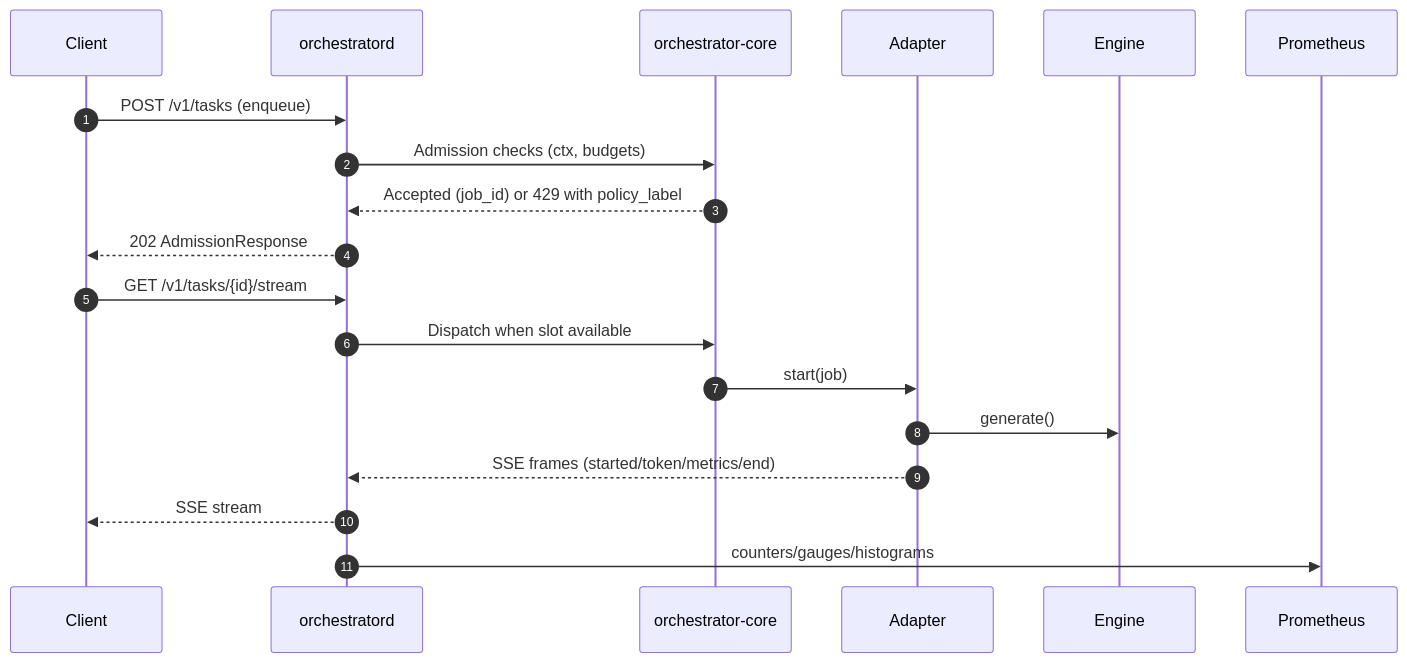
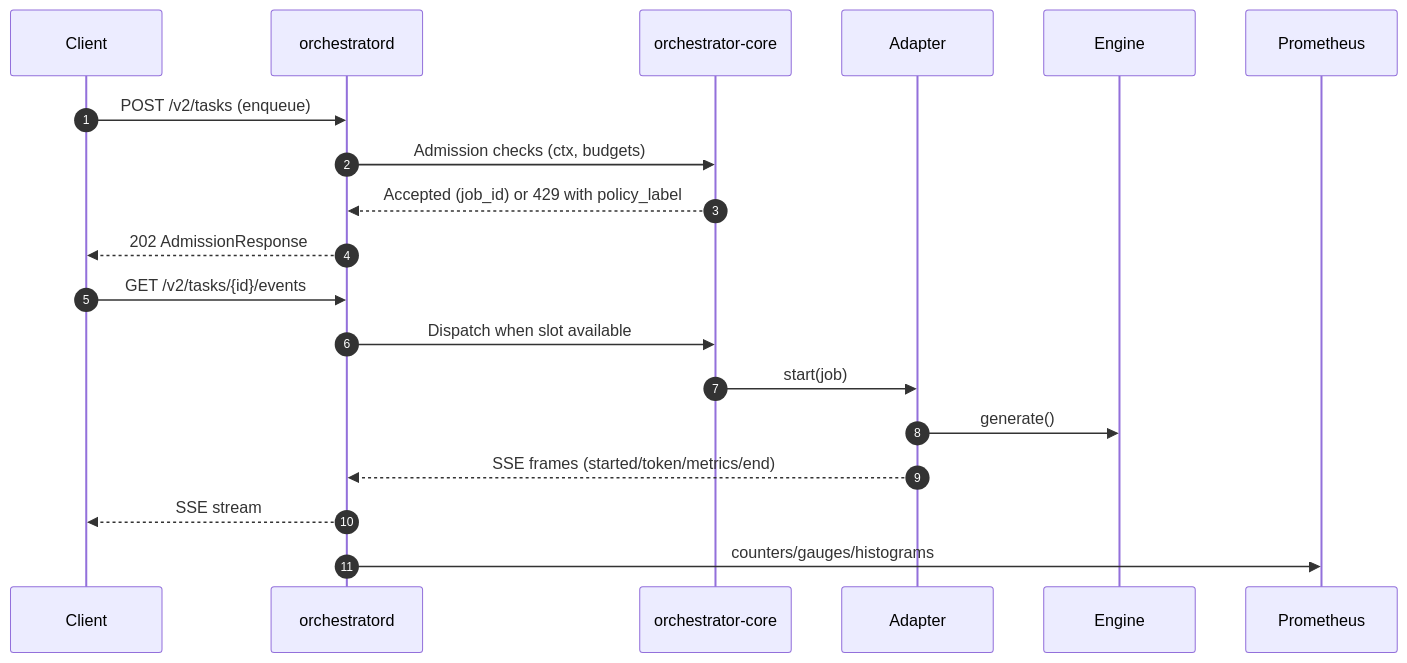
The fourth of 4 diagrams in README.md (veighnsche/llama-orch), drawn with Mermaid before and after one commit. The commit also changed other lines of this file and 18 other files, not shown here.

````diff
--- a/README.md
+++ b/README.md
@@ -259,22 +261,22 @@
 ```mermaid
 sequenceDiagram
   autonumber
   participant Client
   participant Orchestratord as orchestratord
   participant Core as orchestrator-core
   participant Adapter
   participant Engine
   participant Prom as Prometheus
 
-  Client->>Orchestratord: POST /v1/tasks (enqueue)
+  Client->>Orchestratord: POST /v2/tasks (enqueue)
   Orchestratord->>Core: Admission checks (ctx, budgets)
   Core-->>Orchestratord: Accepted (job_id) or 429 with policy_label
   Orchestratord-->>Client: 202 AdmissionResponse
-  Client->>Orchestratord: GET /v1/tasks/{id}/stream
+  Client->>Orchestratord: GET /v2/tasks/{id}/events
   Orchestratord->>Core: Dispatch when slot available
   Core->>Adapter: start(job)
   Adapter->>Engine: generate()
   Adapter-->>Orchestratord: SSE frames (started/token/metrics/end)
   Orchestratord-->>Client: SSE stream
   Orchestratord->>Prom: counters/gauges/histograms
 ```
````
